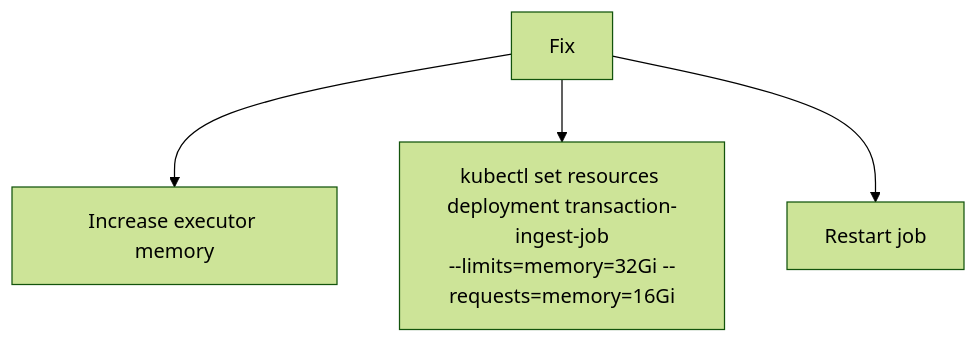
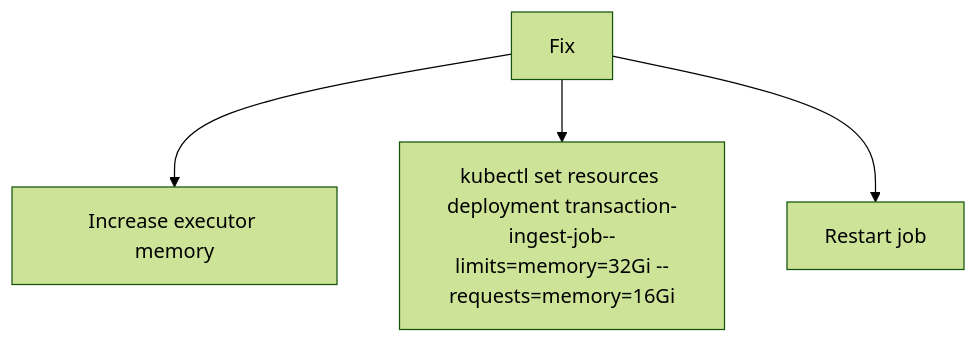
The first of 8 diagrams in docs/production/troubleshooting.md (naren-chakraview/chakraview-fintech-data-mesh), drawn with Mermaid (forest theme) before and after one commit. The commit also changed other lines of this file and 9 other files, not shown here.

Commit message:
fix: remove HTML br tags from mermaid diagrams and fix diagram syntax for v11 compatibility

````diff
--- a/docs/production/troubleshooting.md
+++ b/docs/production/troubleshooting.md
@@ -57,7 +57,7 @@
 ```mermaid
 graph TD
     A["Fix"]
     A --> A1["Increase executor memory"]
-    A --> A2["kubectl set resources deployment transaction-ingest-job<br/>--limits=memory=32Gi --requests=memory=16Gi"]
+    A --> A2["kubectl set resources deployment transaction-ingest-job--limits=memory=32Gi --requests=memory=16Gi"]
     A --> A3["Restart job"]
 ```
````
